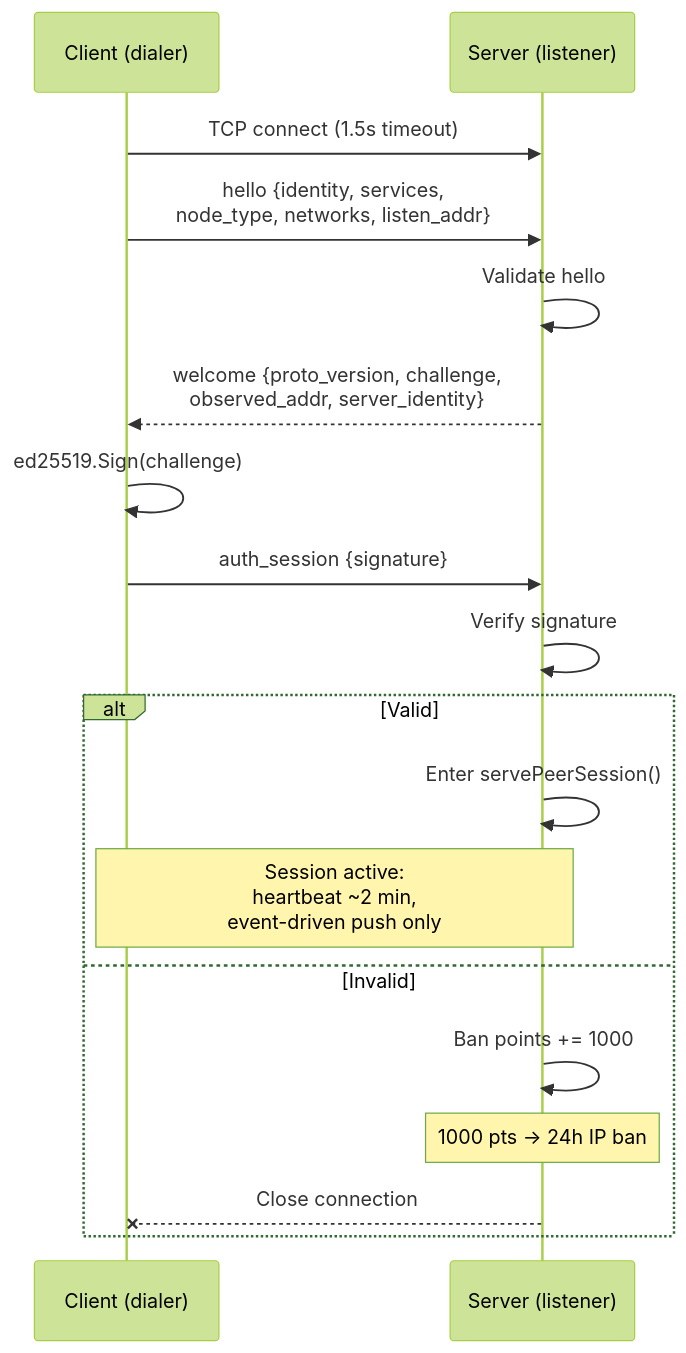
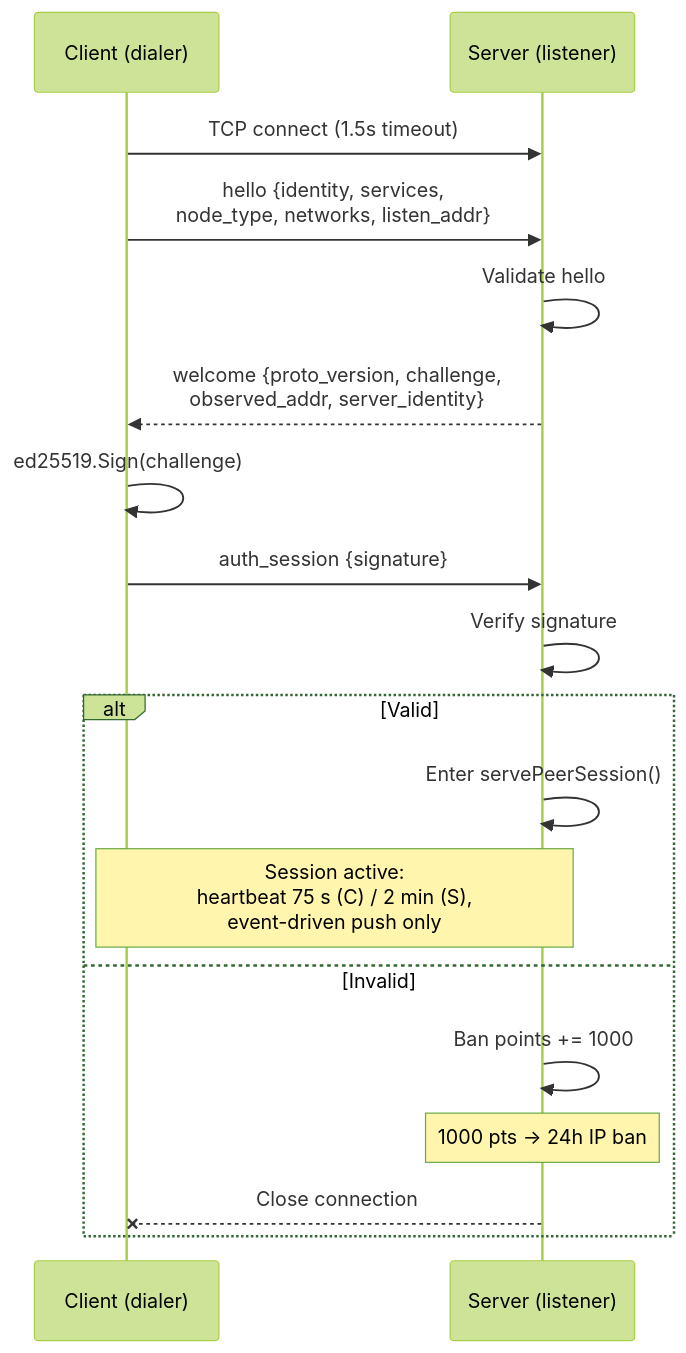
The third of 18 diagrams in docs/mesh.md (piratecash/corsa), drawn with Mermaid (forest theme) before and after one commit. The commit also changed other lines of this file and 180 other files, not shown here.

````diff
--- a/docs/mesh.md
+++ b/docs/mesh.md
@@ -201,21 +202,21 @@
 ```mermaid
 sequenceDiagram
     participant C as Client (dialer)
     participant S as Server (listener)
 
     C->>S: TCP connect (1.5s timeout)
     C->>S: hello {identity, services,<br/>node_type, networks, listen_addr}
     S->>S: Validate hello
     S-->>C: welcome {proto_version, challenge,<br/>observed_addr, server_identity}
     C->>C: ed25519.Sign(challenge)
     C->>S: auth_session {signature}
     S->>S: Verify signature
     alt Valid
         S->>S: Enter servePeerSession()
-        Note over C,S: Session active:<br/>heartbeat ~2 min,<br/>event-driven push only
+        Note over C,S: Session active:<br/>heartbeat 75 s (C) / 2 min (S),<br/>event-driven push only
     else Invalid
         S->>S: Ban points += 1000
         Note over S: 1000 pts → 24h IP ban
         S--xC: Close connection
     end
 ```
````
